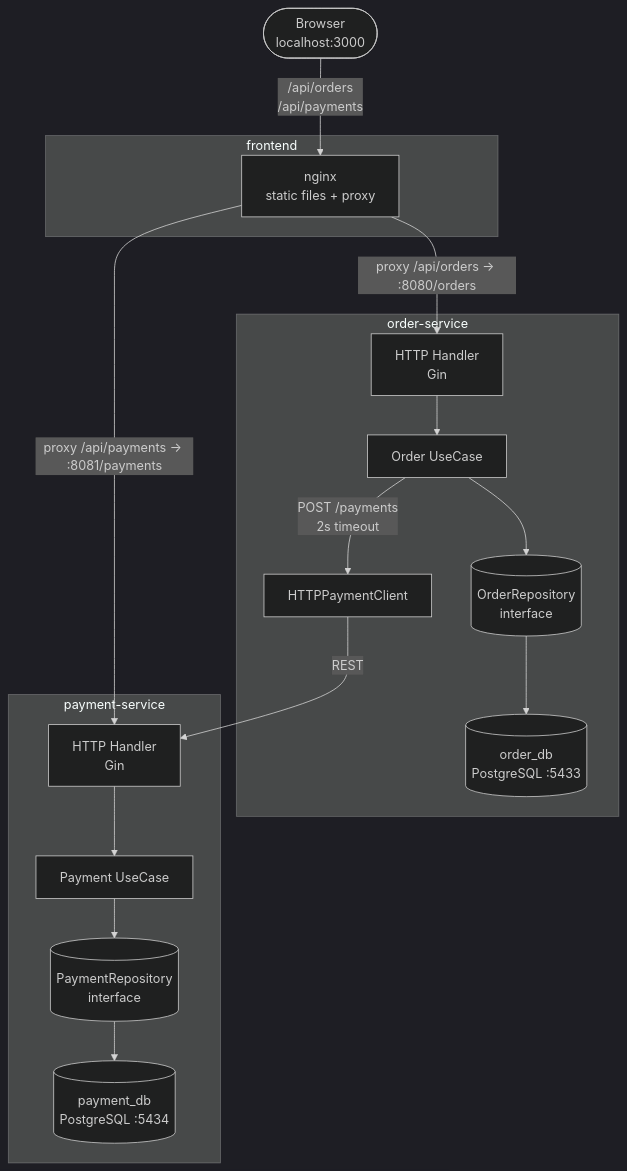
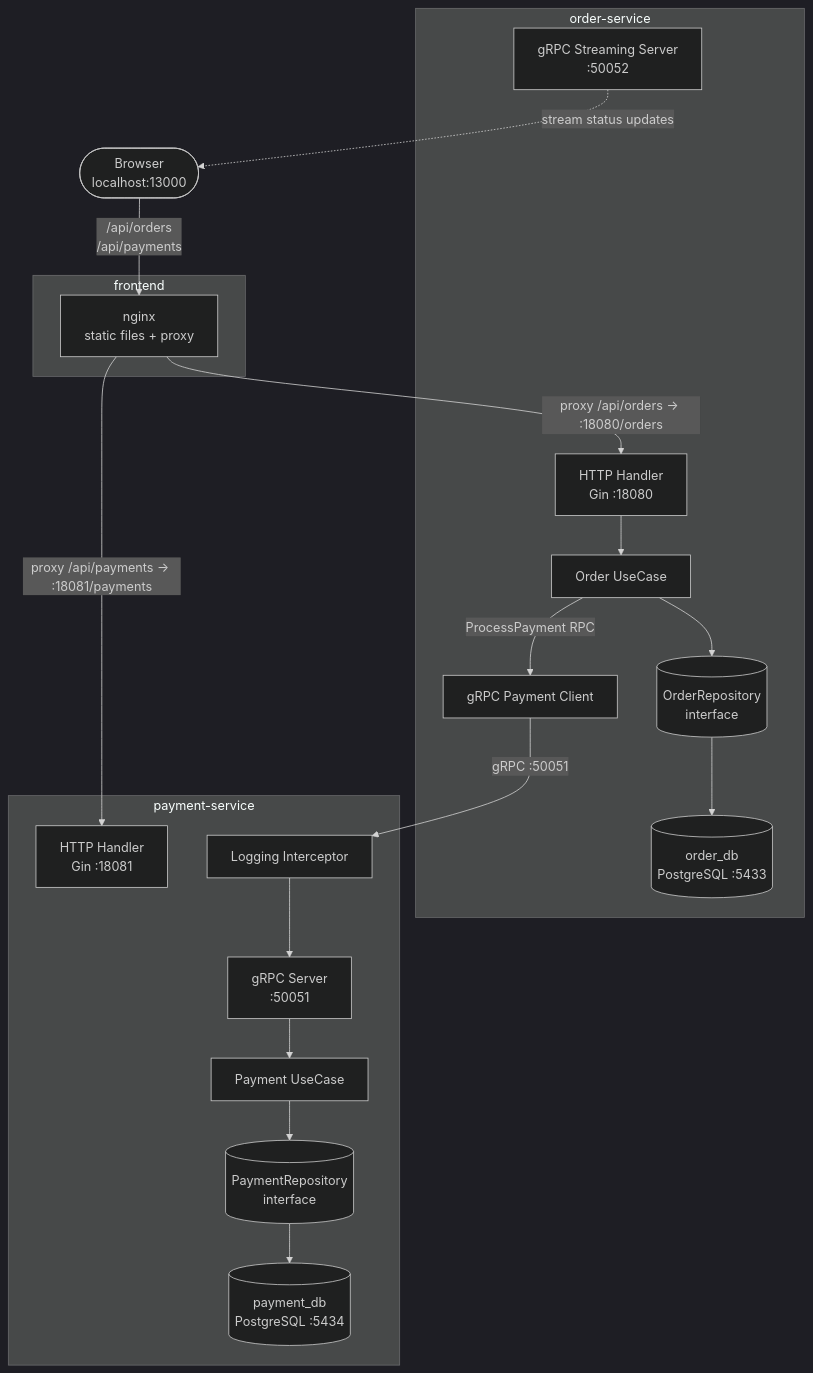
One commit to Altusha4/microservice changed the diagram in README.md. Above: the diagram before and after it, drawn with Mermaid (dark theme). The commit also changed other lines of this file, not shown here.

````diff
--- a/README.md
+++ b/README.md
@@ -132,35 +172,40 @@
 ```mermaid
 graph TD
-    Browser([Browser<br/>localhost:3000])
+    Browser([Browser<br/>localhost:13000])
 
     subgraph frontend
         Nginx[nginx<br/>static files + proxy]
     end
 
     subgraph order-service
-        OH[HTTP Handler<br/>Gin]
+        OH[HTTP Handler<br/>Gin :18080]
         OUC[Order UseCase]
         OR[(OrderRepository<br/>interface)]
         ODB[(order_db<br/>PostgreSQL :5433)]
-        PC[HTTPPaymentClient]
+        GS[gRPC Streaming Server<br/>:50052]
+        GPC[gRPC Payment Client]
     end
 
     subgraph payment-service
-        PH[HTTP Handler<br/>Gin]
+        PH[HTTP Handler<br/>Gin :18081]
         PUC[Payment UseCase]
         PR[(PaymentRepository<br/>interface)]
         PDB[(payment_db<br/>PostgreSQL :5434)]
+        PG[gRPC Server<br/>:50051]
+        LI[Logging Interceptor]
     end
 
     Browser -->|/api/orders<br/>/api/payments| Nginx
-    Nginx -->|proxy /api/orders → :8080/orders| OH
-    Nginx -->|proxy /api/payments → :8081/payments| PH
+    Nginx -->|proxy /api/orders → :18080/orders| OH
+    Nginx -->|proxy /api/payments → :18081/payments| PH
     OH --> OUC
     OUC --> OR
     OR --> ODB
-    OUC -->|POST /payments<br/>2s timeout| PC
-    PC -->|REST| PH
-    PH --> PUC
+    OUC -->|ProcessPayment RPC| GPC
+    GPC -->|gRPC :50051| LI
+    LI --> PG
+    PG --> PUC
     PUC --> PR
     PR --> PDB
+    GS -.->|stream status updates| Browser
 ```
````
